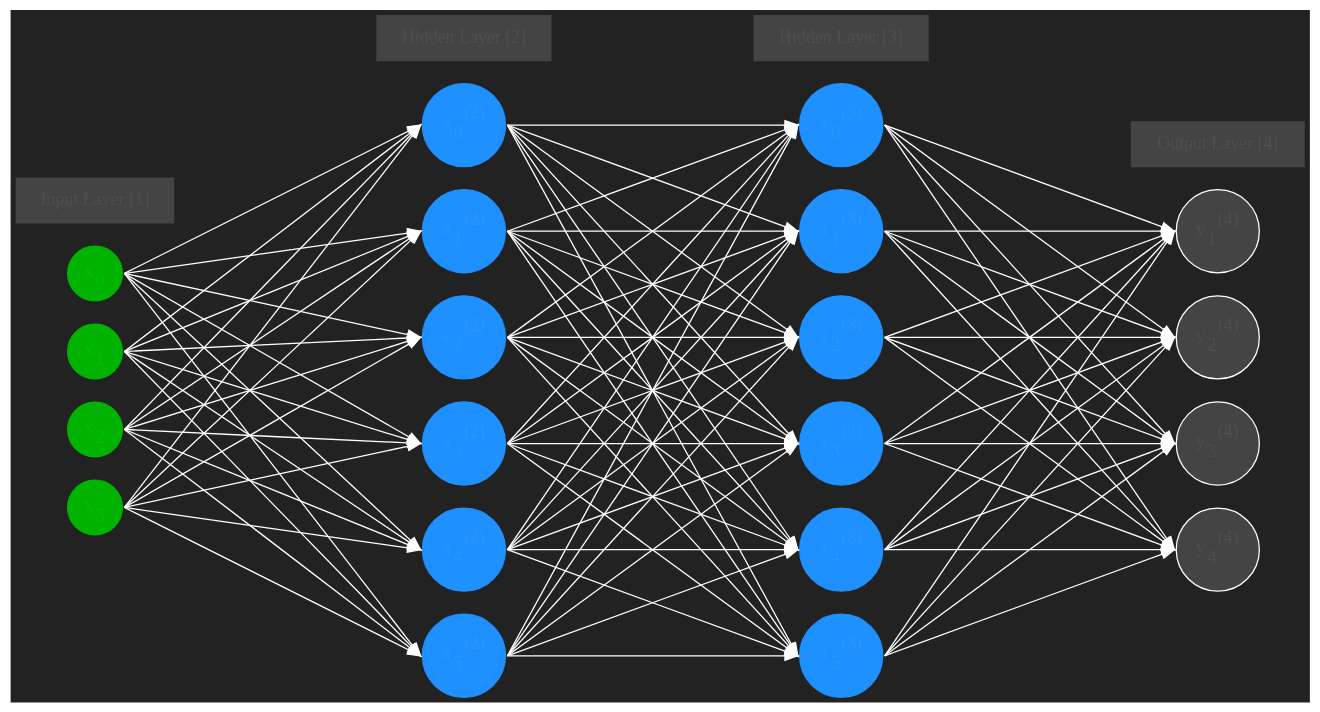
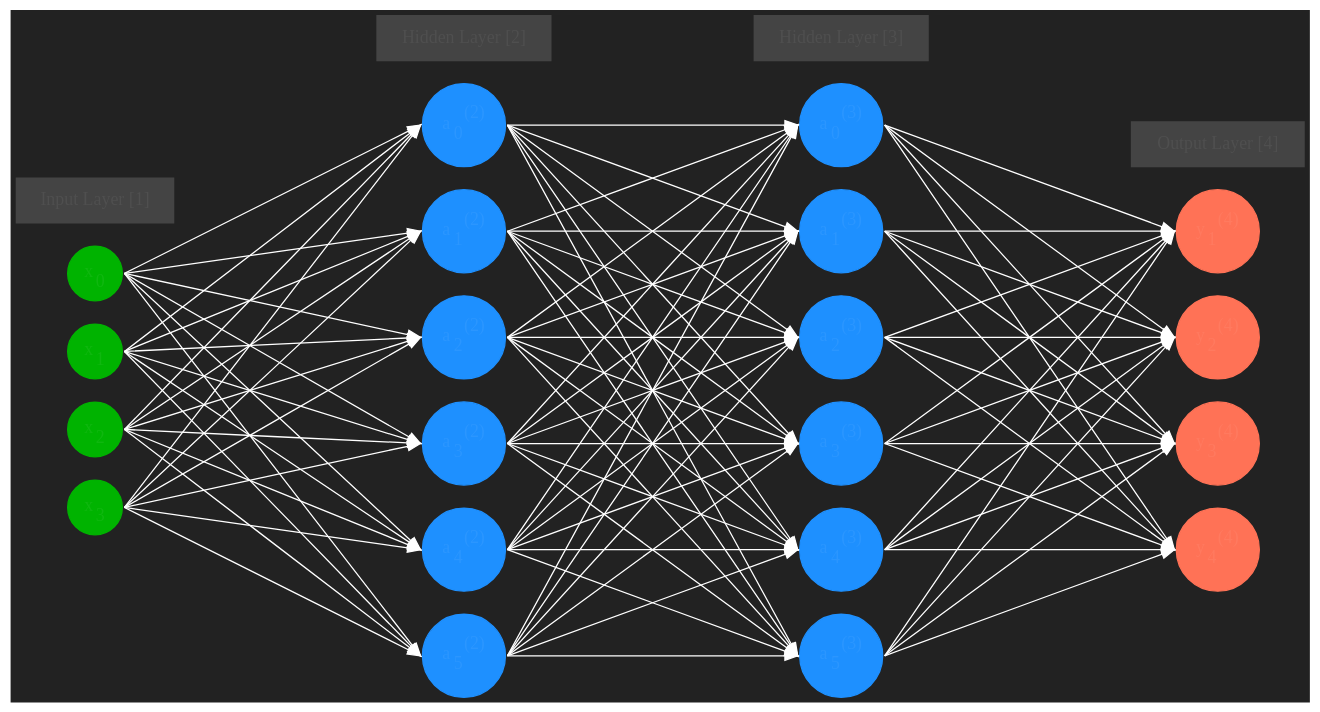
Before and after one commit to fjz345/zaoai: the diagram in zaoai_nn_layout.dot, drawn with Graphviz. The commit also changed 1 other file, not shown here.

Commit message:
fixed ordering error for generating layout graph

```diff
--- a/zaoai_nn_layout.dot
+++ b/zaoai_nn_layout.dot
@@ -1,89 +1,89 @@
 
     digraph NNGraph {
         bgcolor="#222222"
         node [style=filled, fillcolor="#444444", fontcolor="#FFFFFFF", color = "#FFFFFF", shape="circle"]
         edge [fontcolor="#FFFFFFF", color = "#FFFFFF"]
         graph [fontcolor="#FFFFFFF", color = "#FFFFFF"]
     
         rankdir = LR;
         splines=false;
         edge[style=invis];
         ranksep= 2.2;
         {
             node [shape=circle, color="#ffcc00", style=filled, fillcolor="#ffcc00"];
         }
-        
+
         
     {
         node [shape=circle, color="#00b300", style=filled, fillcolor="#00b300"];
         // 1
         x0 [label=<x<sub>0</sub>>];
         x1 [label=<x<sub>1</sub>>];
         x2 [label=<x<sub>2</sub>>]; 
         x3 [label=<x<sub>3</sub>>];
     }
     
     {
         node [shape=circle, color=dodgerblue, style=filled, fillcolor=dodgerblue];
         // 2
         a02 [label=<a<sub>0</sub><sup>(2)</sup>>];
         a12 [label=<a<sub>1</sub><sup>(2)</sup>>];
         a22 [label=<a<sub>2</sub><sup>(2)</sup>>];
         a32 [label=<a<sub>3</sub><sup>(2)</sup>>];
         a42 [label=<a<sub>4</sub><sup>(2)</sup>>];
         a52 [label=<a<sub>5</sub><sup>(2)</sup>>];
         // 3
         a03 [label=<a<sub>0</sub><sup>(3)</sup>>];
         a13 [label=<a<sub>1</sub><sup>(3)</sup>>];
         a23 [label=<a<sub>2</sub><sup>(3)</sup>>];
         a33 [label=<a<sub>3</sub><sup>(3)</sup>>];
         a43 [label=<a<sub>4</sub><sup>(3)</sup>>];
         a53 [label=<a<sub>5</sub><sup>(3)</sup>>];
     }
     a02->a03;  // prevent tilting
+    
+    {
+        node [shape=circle, color=coral1, style=filled, fillcolor=coral1];
+        // 4
+        y1 [label=<y<sub>1</sub><sup>(4)</sup>>];
+        y2 [label=<y<sub>2</sub><sup>(4)</sup>>]; 
+        y3 [label=<y<sub>3</sub><sup>(4)</sup>>]; 
+        y4 [label=<y<sub>4</sub><sup>(4)</sup>>];
+    }
     
     {
         rank=same;
         x0->x1->x2->x3;
     }
     {
         rank=same;
         a02->a12->a22->a32->a42->a52;
     }
     {
         rank=same;
         a03->a13->a23->a33->a43->a53;
     }
     {
         rank=same;
         y1->y2->y3->y4;
     }
     
     l0 [shape=plaintext, label="Input Layer [1]"];
     l0->x0;
     {rank=same; l0;x0};
     l1 [shape=plaintext, label="Hidden Layer [2]"];
     l1->a02;
     {rank=same; l1;a02};
     l2 [shape=plaintext, label="Hidden Layer [3]"];
     l2->a03;
     {rank=same; l2;a03};
     l3 [shape=plaintext, label="Output Layer [4]"];
     l3->y1;
     {rank=same; l3;y1};
     
     edge[style=solid, tailport=e, headport=w];
     {x0; x1; x2; x3} -> {a02;a12;a22;a32;a42;a52};
     {a02;a12;a22;a32;a42;a52} -> {a03;a13;a23;a33;a43;a53};
     {a03;a13;a23;a33;a43;a53} -> {y1,y2,y3,y4};
     
-    {
-        node [shape=circle, color=coral1, style=filled, fillcolor=coral1];
-        // 4
-        y1 [label=<y<sub>1</sub><sup>(4)</sup>>];
-        y2 [label=<y<sub>2</sub><sup>(4)</sup>>]; 
-        y3 [label=<y<sub>3</sub><sup>(4)</sup>>]; 
-        y4 [label=<y<sub>4</sub><sup>(4)</sup>>];
-    }
-    
 }
```
